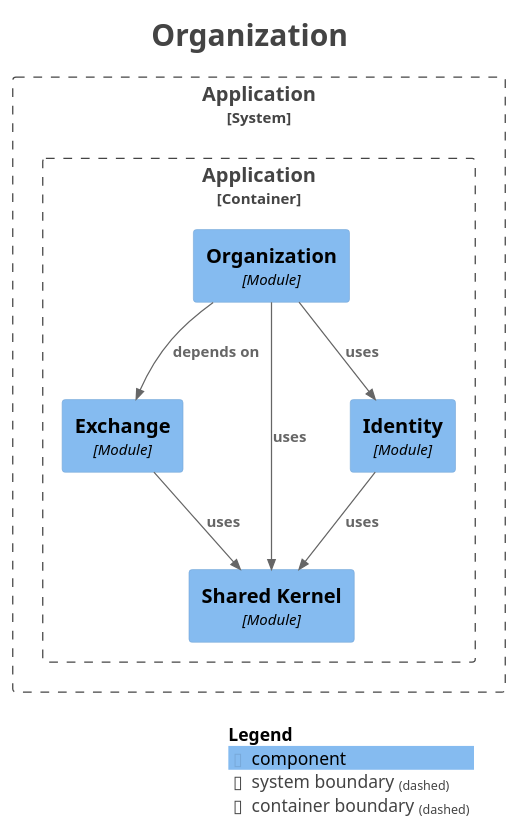
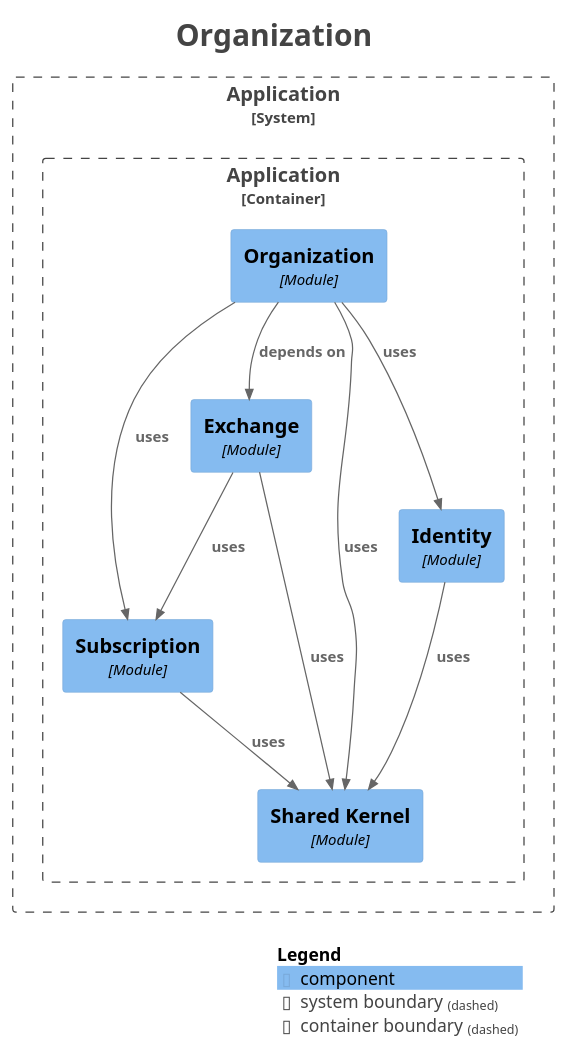
Before and after one commit to Paul-Ayesiga/enterprise-modulith-template: the diagram in docs/modulith/module-organization.puml, drawn with PlantUML. The commit also changed 106 other files, not shown here.

```diff
--- a/docs/modulith/module-organization.puml
+++ b/docs/modulith/module-organization.puml
@@ -1,36 +1,40 @@
 @startuml
 title <size:24>Organization</size>
 
 set separator none
 top to bottom direction
 
 <style>
   root {
     BackgroundColor: #ffffff
     FontColor: #444444
   }
 </style>
 
 !include <C4/C4>
 !include <C4/C4_Context>
 !include <C4/C4_Component>
 
 System_Boundary("Application_boundary", "Application", $tags="") {
   Container_Boundary("Application.Application_boundary", "Application", $tags="") {
+    Component(Application.Application.Subscription, "Subscription", $techn="Module", $descr="", $tags="", $link="")
     Component(Application.Application.Exchange, "Exchange", $techn="Module", $descr="", $tags="", $link="")
     Component(Application.Application.Organization, "Organization", $techn="Module", $descr="", $tags="", $link="")
     Component(Application.Application.SharedKernel, "Shared Kernel", $techn="Module", $descr="", $tags="", $link="")
     Component(Application.Application.Identity, "Identity", $techn="Module", $descr="", $tags="", $link="")
   }
 
 }
 
-Rel(Application.Application.Identity, Application.Application.SharedKernel, "uses", $techn="", $tags="", $link="")
 Rel(Application.Application.Exchange, Application.Application.SharedKernel, "uses", $techn="", $tags="", $link="")
+Rel(Application.Application.Exchange, Application.Application.Subscription, "uses", $techn="", $tags="", $link="")
 Rel(Application.Application.Organization, Application.Application.Exchange, "depends on", $techn="", $tags="", $link="")
 Rel(Application.Application.Organization, Application.Application.Identity, "uses", $techn="", $tags="", $link="")
 Rel(Application.Application.Organization, Application.Application.SharedKernel, "uses", $techn="", $tags="", $link="")
+Rel(Application.Application.Organization, Application.Application.Subscription, "uses", $techn="", $tags="", $link="")
+Rel(Application.Application.Identity, Application.Application.SharedKernel, "uses", $techn="", $tags="", $link="")
+Rel(Application.Application.Subscription, Application.Application.SharedKernel, "uses", $techn="", $tags="", $link="")
 
 SHOW_LEGEND(true)
 hide stereotypes
 @enduml
```
